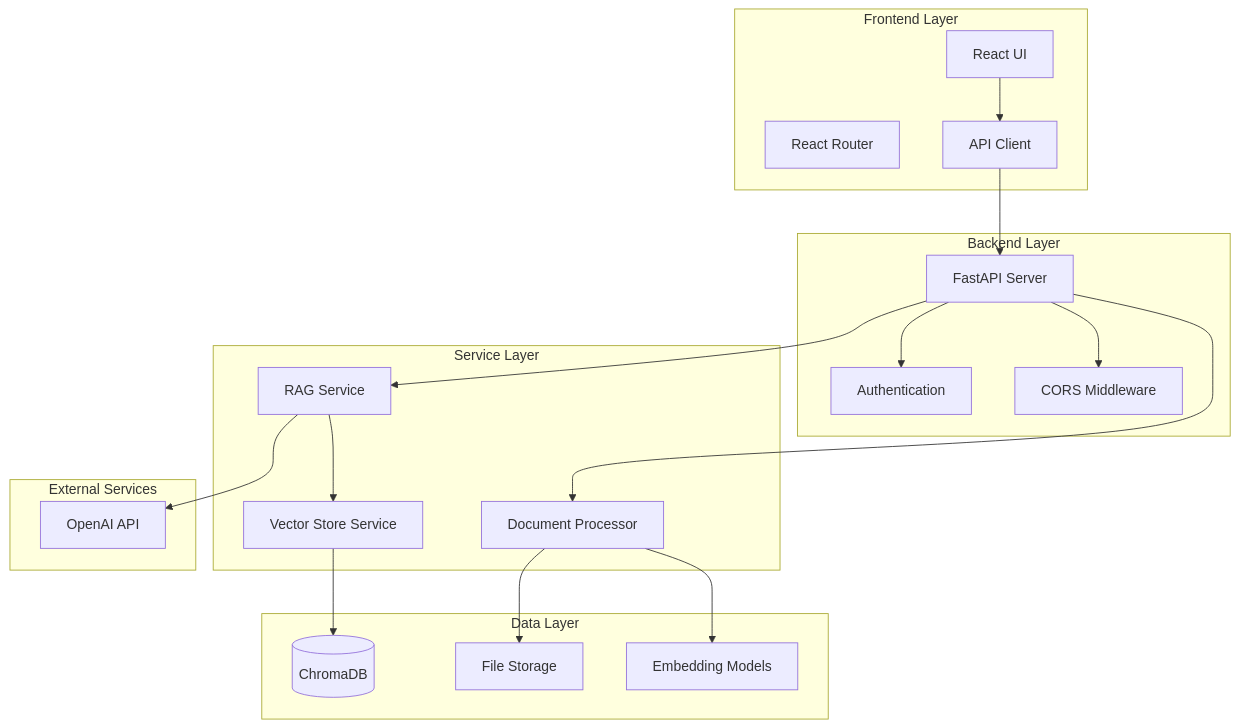
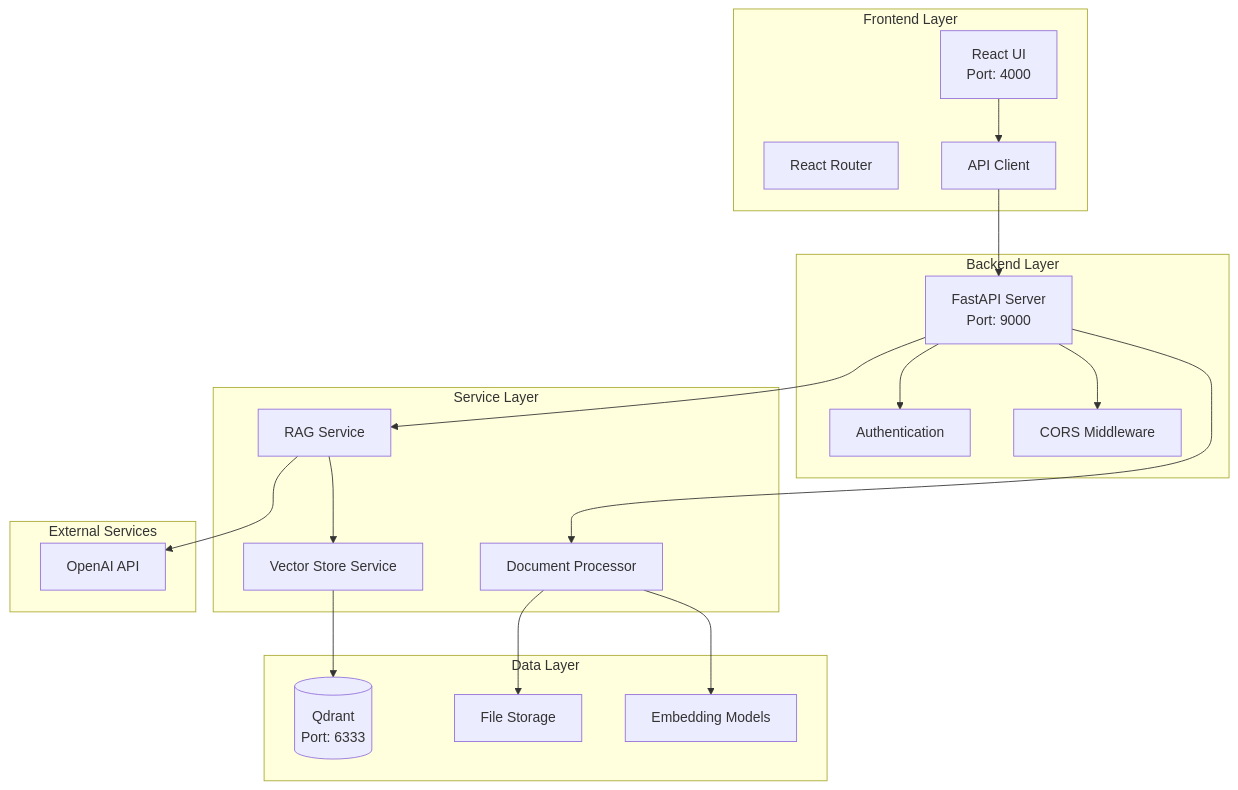
The first of 2 diagrams in ARCHITECTURE.md (ai-integration-techie/rag-support-search-qdrant), drawn with Mermaid before and after one commit. The commit also changed other lines of this file and 188 other files, not shown here.

Commit message:
Initial commit: RAG Support Search with Qdrant - Complete implementation with FastAPI backend, React frontend, and Qdrant vector database

````diff
--- a/ARCHITECTURE.md
+++ b/ARCHITECTURE.md
@@ -9,42 +9,42 @@
 ```mermaid
 graph TB
     subgraph "Frontend Layer"
-        UI[React UI]
+        UI[React UI<br/>Port: 4000]
         Router[React Router]
         API[API Client]
     end
     
     subgraph "Backend Layer"
-        FastAPI[FastAPI Server]
+        FastAPI[FastAPI Server<br/>Port: 9000]
         Auth[Authentication]
         CORS[CORS Middleware]
     end
     
     subgraph "Service Layer"
         RAG[RAG Service]
         Processor[Document Processor]
         VectorStore[Vector Store Service]
     end
     
     subgraph "Data Layer"
-        ChromaDB[(ChromaDB)]
+        Qdrant[(Qdrant<br/>Port: 6333)]
         FileStorage[File Storage]
         Embeddings[Embedding Models]
     end
     
     subgraph "External Services"
         OpenAI[OpenAI API]
     end
     
     UI --> API
     API --> FastAPI
     FastAPI --> Auth
     FastAPI --> CORS
     FastAPI --> RAG
     FastAPI --> Processor
     RAG --> VectorStore
     RAG --> OpenAI
     Processor --> Embeddings
-    VectorStore --> ChromaDB
+    VectorStore --> Qdrant
     Processor --> FileStorage
 ```
````
